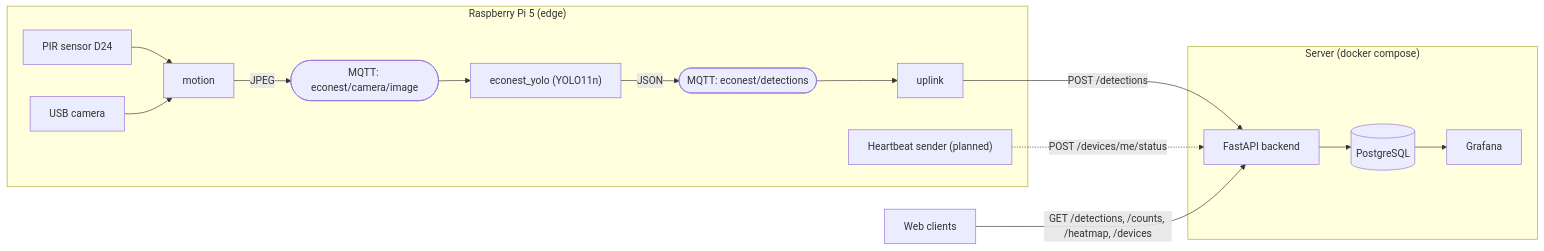
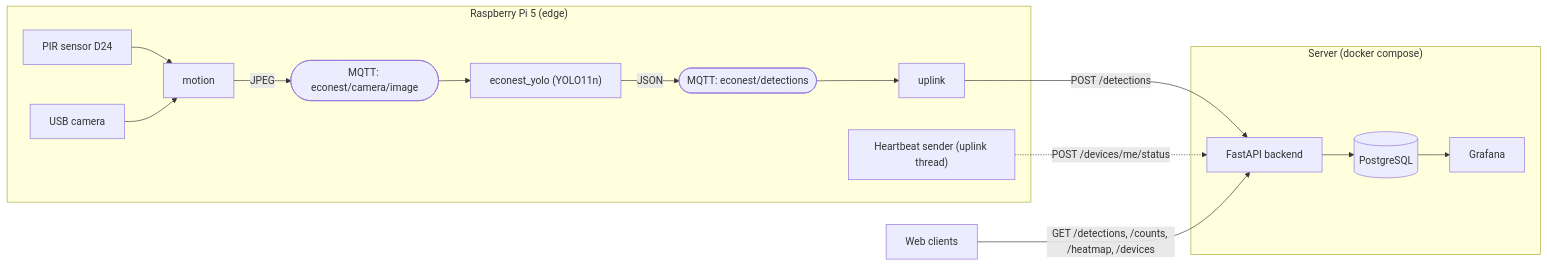
Before and after one commit to Potzon/EcoNest: the diagram in README.md, drawn with Mermaid. The commit also changed other lines of this file, not shown here.

Commit message:
Update README to clarify heartbeat sender and completion status of Raspberry Pi heartbeat metrics

````diff
--- a/README.md
+++ b/README.md
@@ -34,19 +34,19 @@
 ```mermaid
 flowchart LR
     subgraph Pi["Raspberry Pi 5 (edge)"]
         PIR[PIR sensor D24] --> MOT[motion]
         CAM[USB camera] --> MOT
         MOT -->|JPEG| M1([MQTT: econest/camera/image])
         M1 --> YOLO["econest_yolo (YOLO11n)"]
         YOLO -->|JSON| M2([MQTT: econest/detections])
         M2 --> UP[uplink]
-        HB["Heartbeat sender (planned)"]
+        HB["Heartbeat sender (uplink thread)"]
     end
     subgraph Server["Server (docker compose)"]
         API[FastAPI backend] --> DB[(PostgreSQL)]
         DB --> GRAF[Grafana]
     end
     UP -->|POST /detections| API
     HB -.->|POST /devices/me/status| API
     WEB[Web clients] -->|GET /detections, /counts, /heatmap, /devices| API
 ```
````
